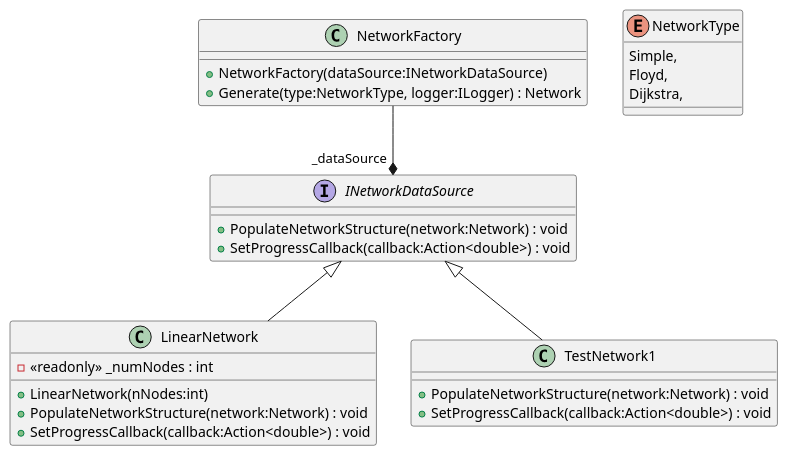
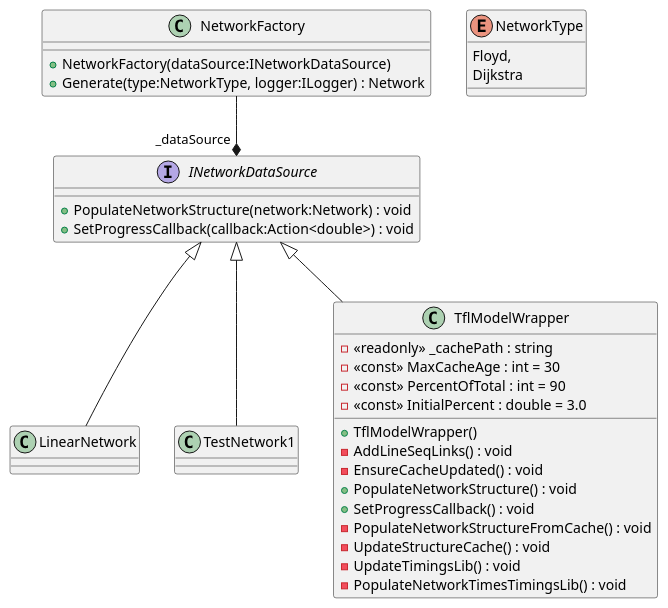
Before and after one commit to Liftyee/london-tube-navigator: the diagram in TubeChallengeRouter/puml/HMNetworkFactory.puml, drawn with PlantUML. The commit also changed 10 other files, not shown here.

```diff
--- a/TubeChallengeRouter/puml/HMNetworkFactory.puml
+++ b/TubeChallengeRouter/puml/HMNetworkFactory.puml
@@ -1,29 +1,34 @@
 @startuml
-class LinearNetwork {
-    - <<readonly>> _numNodes : int
-    + LinearNetwork(nNodes:int)
-    + PopulateNetworkStructure(network:Network) : void
-    + SetProgressCallback(callback:Action<double>) : void
-}
-class TestNetwork1 {
-    + PopulateNetworkStructure(network:Network) : void
-    + SetProgressCallback(callback:Action<double>) : void
-}
 INetworkDataSource <|-- LinearNetwork
 INetworkDataSource <|-- TestNetwork1
 
 interface INetworkDataSource {
     + PopulateNetworkStructure(network:Network) : void
     + SetProgressCallback(callback:Action<double>) : void
 }
 enum NetworkType {
-    Simple,
     Floyd,
-    Dijkstra,
+    Dijkstra
 }
 class NetworkFactory {
     + NetworkFactory(dataSource:INetworkDataSource)
     + Generate(type:NetworkType, logger:ILogger) : Network
 }
+class TflModelWrapper {
+    - <<readonly>> _cachePath : string
+    - <<const>> MaxCacheAge : int = 30
+    - <<const>> PercentOfTotal : int = 90
+    - <<const>> InitialPercent : double = 3.0
+    + TflModelWrapper()
+    - AddLineSeqLinks() : void
+    - EnsureCacheUpdated() : void
+    + PopulateNetworkStructure() : void
+    + SetProgressCallback() : void
+    - PopulateNetworkStructureFromCache() : void
+    - UpdateStructureCache() : void
+    - UpdateTimingsLib() : void
+    - PopulateNetworkTimesTimingsLib() : void
+}
+INetworkDataSource <|-- TflModelWrapper
 NetworkFactory --* "_dataSource" INetworkDataSource
 @enduml
```
